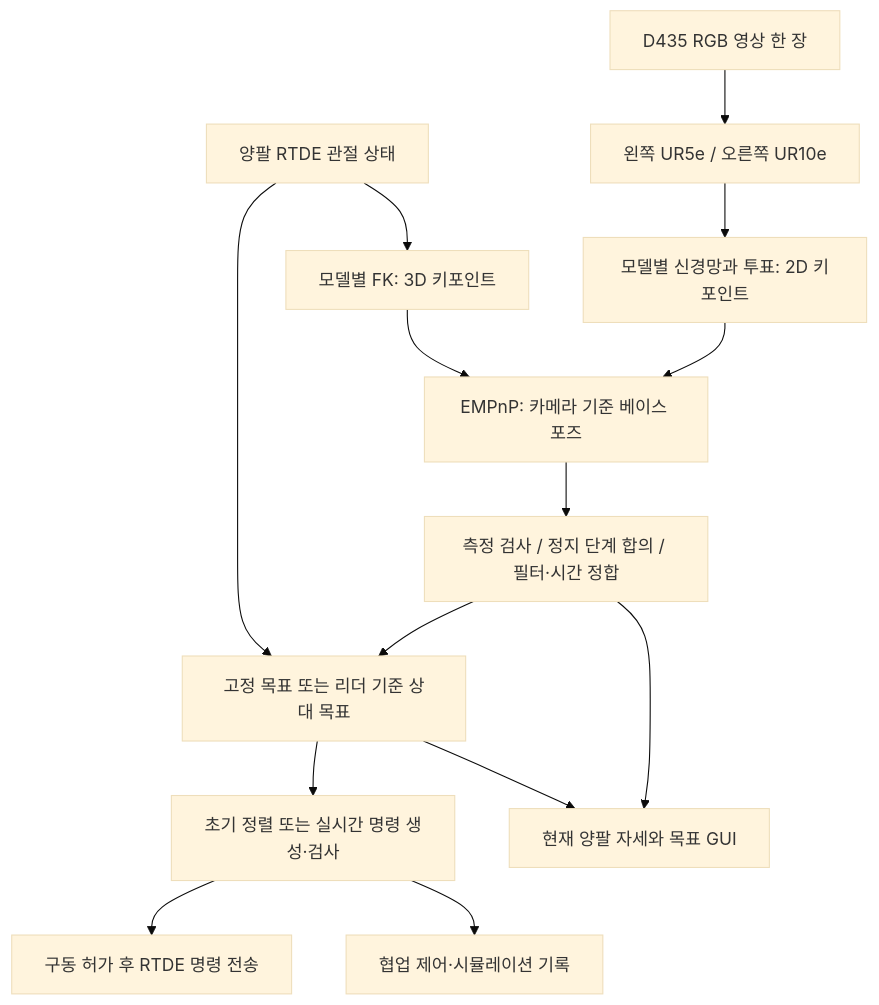
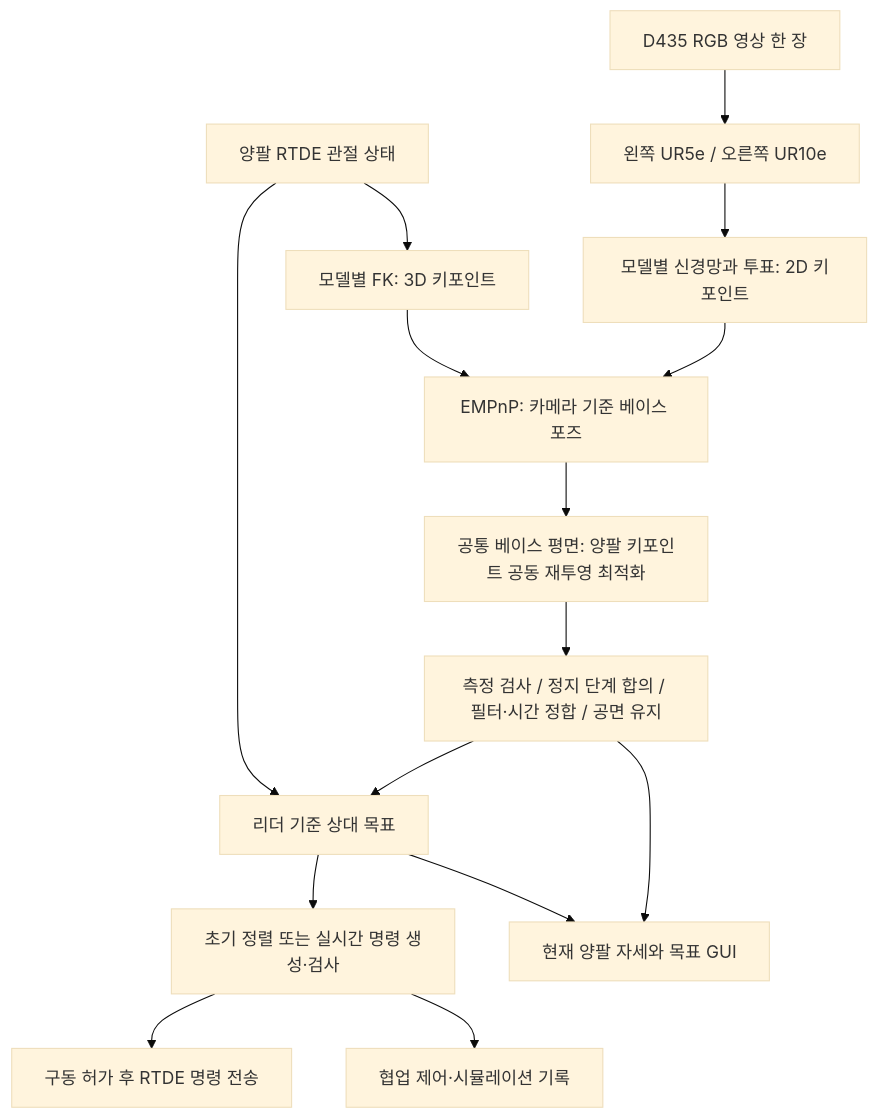
Before and after one commit to Stick-0/ur_live_calibration: the diagram in docs/CURRENT_IMPLEMENTATION.md, drawn with Mermaid (base theme). The commit also changed other lines of this file and 99 other files, not shown here.

````diff
--- a/docs/CURRENT_IMPLEMENTATION.md
+++ b/docs/CURRENT_IMPLEMENTATION.md
@@ -29,16 +29,17 @@
 ```mermaid
 flowchart TD
     RGB["D435 RGB 영상 한 장"] --> ROI["왼쪽 UR5e / 오른쪽 UR10e"]
     ROI --> NET["모델별 신경망과 투표: 2D 키포인트"]
     Q["양팔 RTDE 관절 상태"] --> FK["모델별 FK: 3D 키포인트"]
     NET --> PNP["EMPnP: 카메라 기준 베이스 포즈"]
     FK --> PNP
-    PNP --> STATE["측정 검사 / 정지 단계 합의 / 필터·시간 정합"]
-    STATE --> TARGET["고정 목표 또는 리더 기준 상대 목표"]
+    PNP --> PLANE["공통 베이스 평면: 양팔 키포인트 공동 재투영 최적화"]
+    PLANE --> STATE["측정 검사 / 정지 단계 합의 / 필터·시간 정합 / 공면 유지"]
+    STATE --> TARGET["리더 기준 상대 목표"]
     Q --> TARGET
     TARGET --> PLAN["초기 정렬 또는 실시간 명령 생성·검사"]
     PLAN --> RTDE["구동 허가 후 RTDE 명령 전송"]
     STATE --> GUI["현재 양팔 자세와 목표 GUI"]
     TARGET --> GUI
     PLAN --> LOG["협업 제어·시뮬레이션 기록"]
 ```
````
